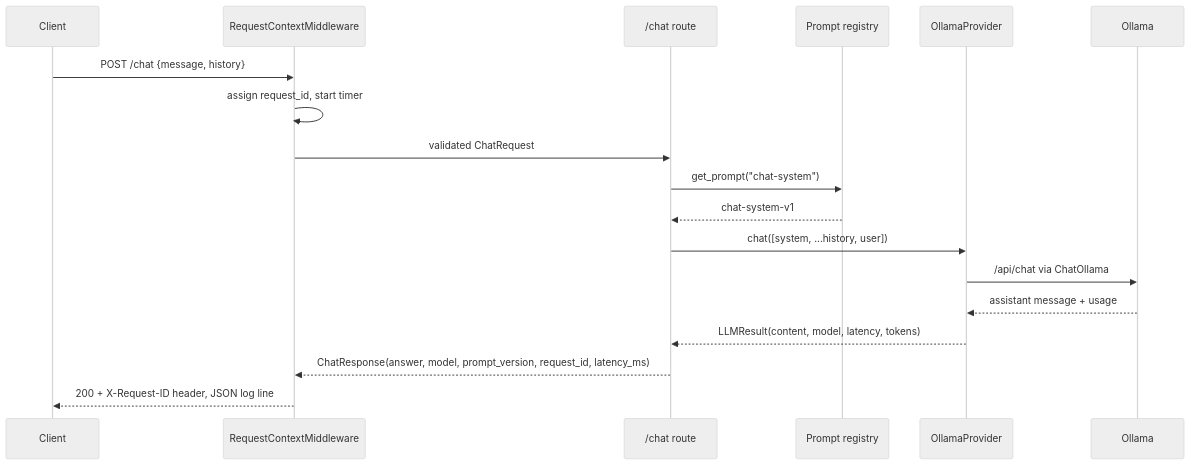
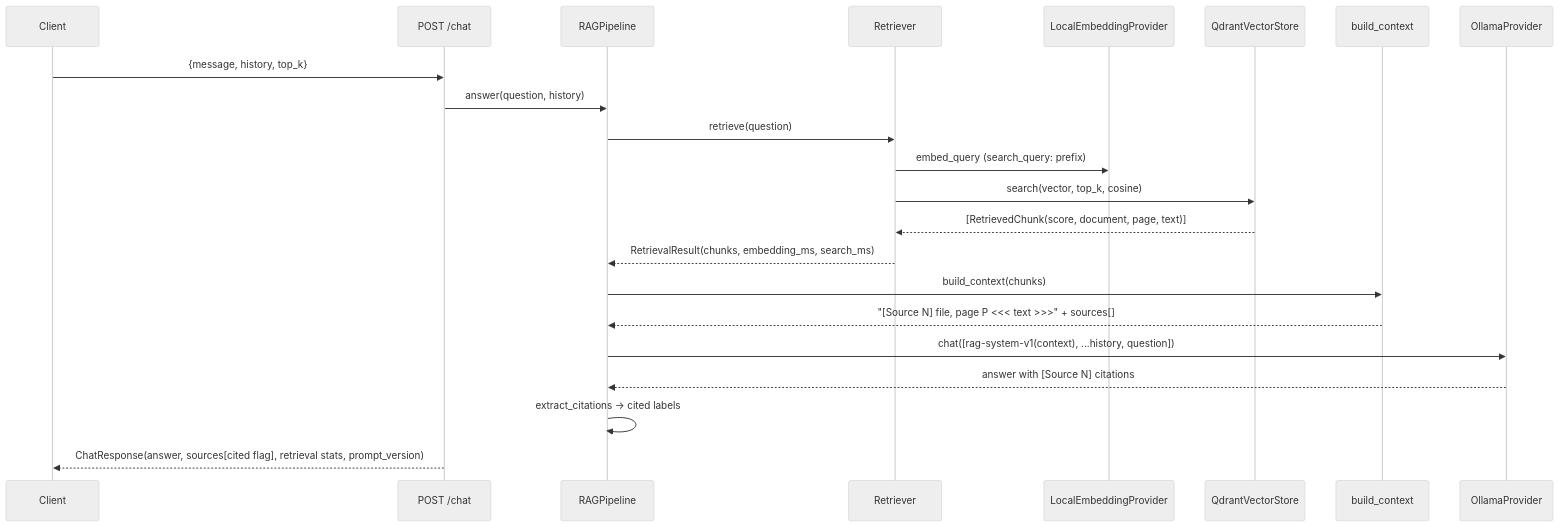
The third of 4 diagrams in docs/architecture.md (PMooney03/AgenticAI), drawn with Mermaid (neutral theme) before and after one commit. The commit also changed other lines of this file and 49 other files, not shown here.

Commit message:
Phase 2: document ingestion (LlamaIndex), local embeddings, Qdrant vector store, grounded RAG with citations

````diff
--- a/docs/architecture.md
+++ b/docs/architecture.md
@@ -44,21 +77,25 @@
 ```mermaid
 sequenceDiagram
     participant C as Client
-    participant M as RequestContextMiddleware
-    participant R as /chat route
-    participant P as Prompt registry
+    participant A as POST /chat
+    participant P as RAGPipeline
+    participant T as Retriever
+    participant E as LocalEmbeddingProvider
+    participant Q as QdrantVectorStore
+    participant X as build_context
     participant L as OllamaProvider
-    participant O as Ollama
 
-    C->>M: POST /chat {message, history}
-    M->>M: assign request_id, start timer
-    M->>R: validated ChatRequest
-    R->>P: get_prompt("chat-system")
-    P-->>R: chat-system-v1
-    R->>L: chat([system, ...history, user])
-    L->>O: /api/chat via ChatOllama
-    O-->>L: assistant message + usage
-    L-->>R: LLMResult(content, model, latency, tokens)
-    R-->>M: ChatResponse(answer, model, prompt_version, request_id, latency_ms)
-    M-->>C: 200 + X-Request-ID header, JSON log line
+    C->>A: {message, history, top_k}
+    A->>P: answer(question, history)
+    P->>T: retrieve(question)
+    T->>E: embed_query (search_query: prefix)
+    T->>Q: search(vector, top_k, cosine)
+    Q-->>T: [RetrievedChunk(score, document, page, text)]
+    T-->>P: RetrievalResult(chunks, embedding_ms, search_ms)
+    P->>X: build_context(chunks)
+    X-->>P: "[Source N] file, page P <<< text >>>" + sources[]
+    P->>L: chat([rag-system-v1(context), ...history, question])
+    L-->>P: answer with [Source N] citations
+    P->>P: extract_citations -> cited labels
+    A-->>C: ChatResponse(answer, sources[cited flag], retrieval stats, prompt_version)
 ```
````
